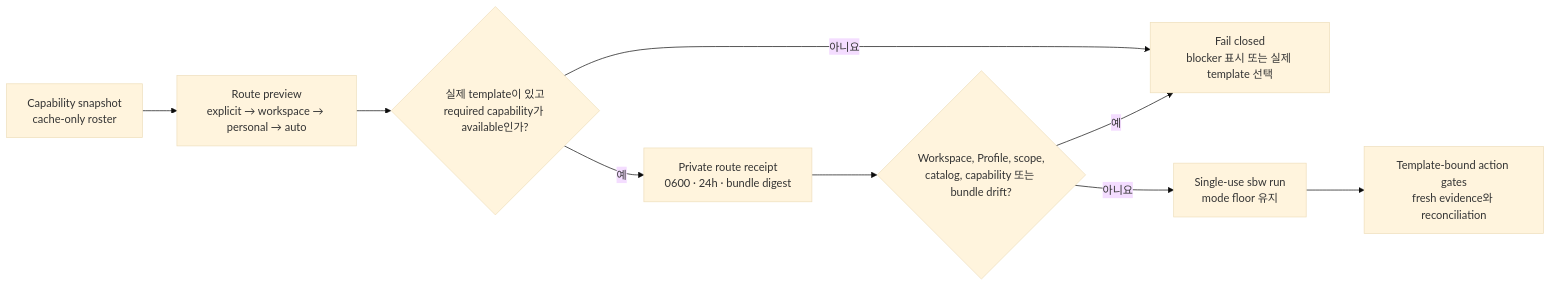
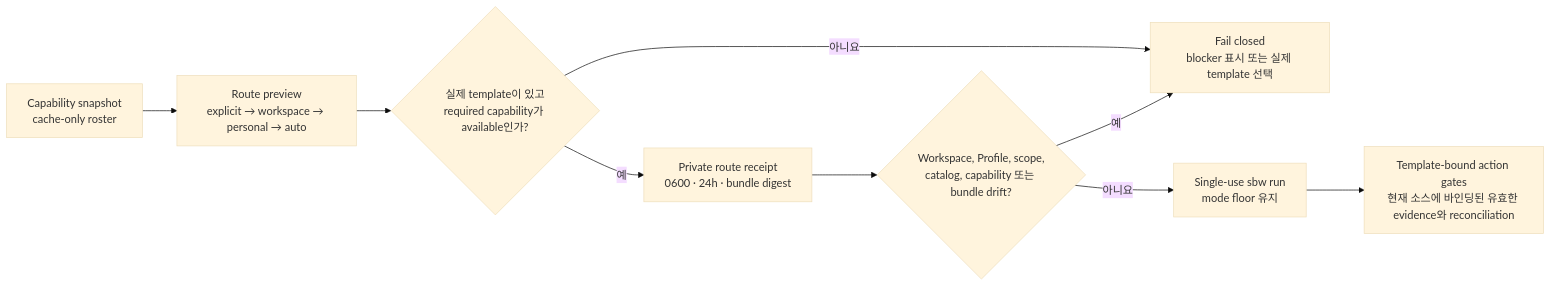
Before and after one commit to stephen-taipei/better-workflows: the second of 4 diagrams in docs/details/ko.md, drawn with Mermaid (base theme). The commit also changed other lines of this file and 83 other files, not shown here.

````diff
--- a/docs/details/ko.md
+++ b/docs/details/ko.md
@@ -178,11 +178,11 @@
 ```mermaid
 flowchart LR
   A["Capability snapshot<br/>cache-only roster"] --> B["Route preview<br/>explicit → workspace → personal → auto"]
   B --> C{"실제 template이 있고<br/>required capability가 available인가?"}
   C -- "아니요" --> D["Fail closed<br/>blocker 표시 또는 실제 template 선택"]
   C -- "예" --> E["Private route receipt<br/>0600 · 24h · bundle digest"]
   E --> F{"Workspace, Profile, scope,<br/>catalog, capability 또는 bundle drift?"}
   F -- "예" --> D
   F -- "아니요" --> G["Single-use sbw run<br/>mode floor 유지"]
-  G --> H["Template-bound action gates<br/>fresh evidence와 reconciliation"]
+  G --> H["Template-bound action gates<br/>현재 소스에 바인딩된 유효한 evidence와 reconciliation"]
 ```
````
